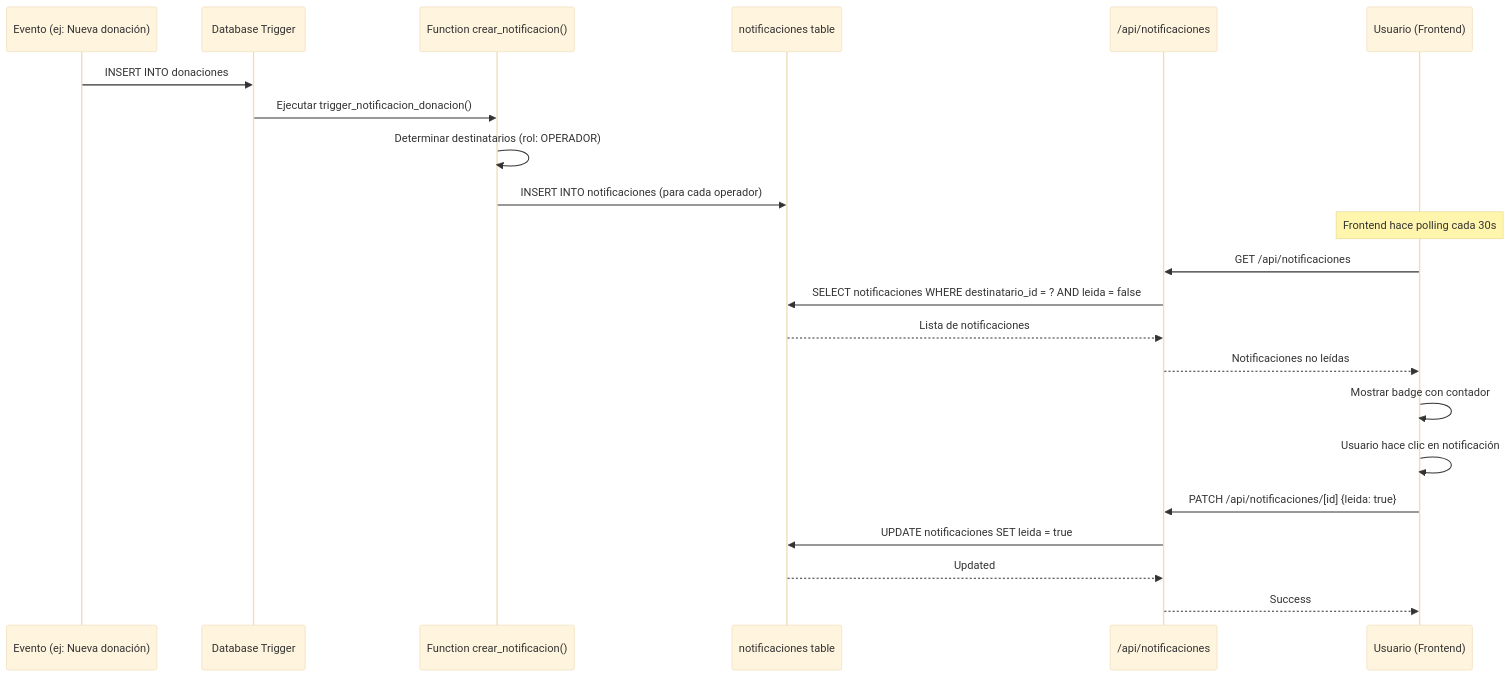
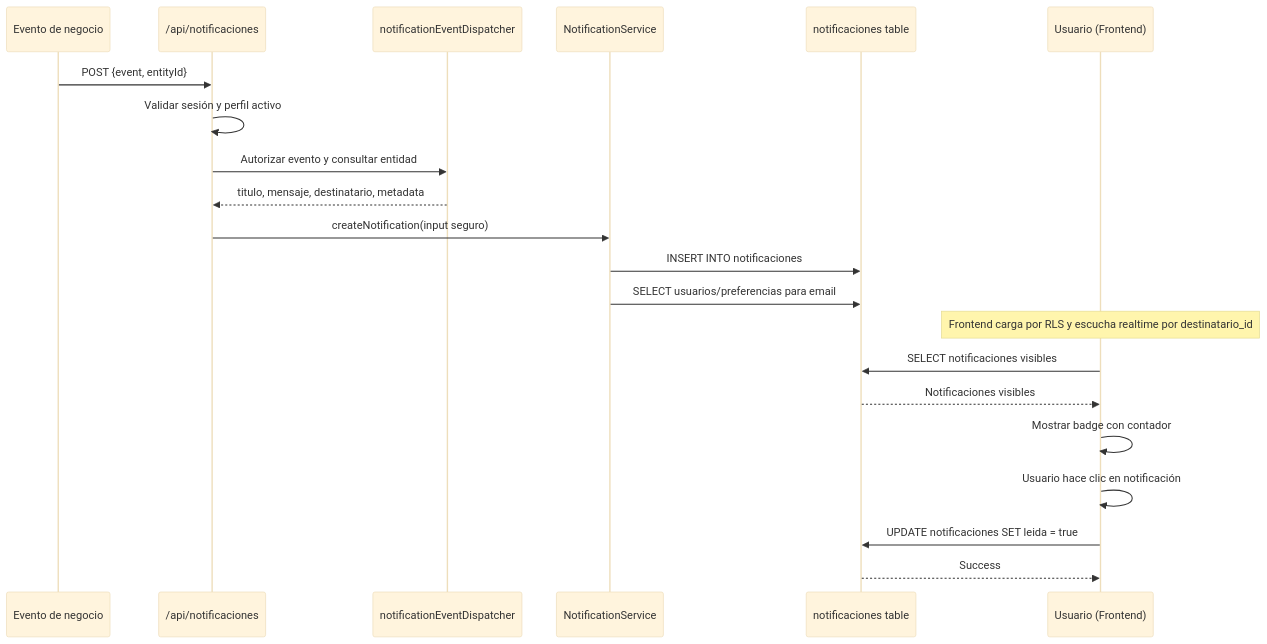
Diagram 13 of 13 in docs/WORKFLOW.md (mintriago123/tesis_banco_alimentos), drawn with Mermaid (base theme) before and after one commit. The commit also changed other lines of this file and 5 other files, not shown here.

````diff
--- a/docs/WORKFLOW.md
+++ b/docs/WORKFLOW.md
@@ -880,29 +909,27 @@
 ```mermaid
 sequenceDiagram
-    participant E as Evento (ej: Nueva donación)
-    participant T as Database Trigger
-    participant F as Function crear_notificacion()
+    participant E as Evento de negocio
+    participant API as /api/notificaciones
+    participant D as notificationEventDispatcher
+    participant NS as NotificationService
     participant DB as notificaciones table
-    participant API as /api/notificaciones
     participant U as Usuario (Frontend)
     
-    E->>T: INSERT INTO donaciones
-    T->>F: Ejecutar trigger_notificacion_donacion()
+    E->>API: POST {event, entityId}
+    API->>API: Validar sesión y perfil activo
+    API->>D: Autorizar evento y consultar entidad
+    D-->>API: titulo, mensaje, destinatario, metadata
     
-    F->>F: Determinar destinatarios (rol: OPERADOR)
+    API->>NS: createNotification(input seguro)
+    NS->>DB: INSERT INTO notificaciones
+    NS->>DB: SELECT usuarios/preferencias para email
     
-    F->>DB: INSERT INTO notificaciones (para cada operador)
-    
-    Note over U: Frontend hace polling cada 30s
-    U->>API: GET /api/notificaciones
-    API->>DB: SELECT notificaciones WHERE destinatario_id = ? AND leida = false
-    DB-->>API: Lista de notificaciones
-    API-->>U: Notificaciones no leídas
+    Note over U: Frontend carga por RLS y escucha realtime por destinatario_id
+    U->>DB: SELECT notificaciones visibles
+    DB-->>U: Notificaciones visibles
     
     U->>U: Mostrar badge con contador
     U->>U: Usuario hace clic en notificación
-    U->>API: PATCH /api/notificaciones/[id] {leida: true}
-    API->>DB: UPDATE notificaciones SET leida = true
-    DB-->>API: Updated
-    API-->>U: Success
+    U->>DB: UPDATE notificaciones SET leida = true
+    DB-->>U: Success
 ```
````
